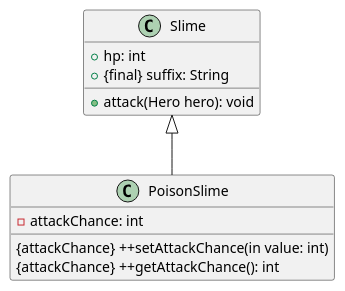
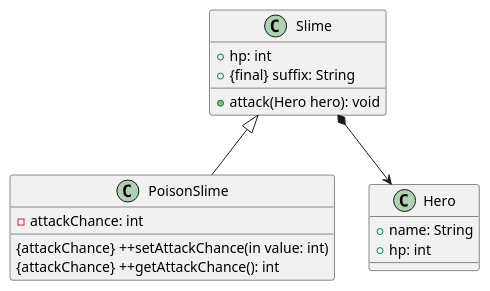
Before and after one commit to orm-camp-flutter-2ki/learn_dart_together: the diagram in lib/24_03_12/slime.puml, drawn with PlantUML.

Commit message:
feat: Slime uml 수정

```diff
--- a/lib/24_03_12/slime.puml
+++ b/lib/24_03_12/slime.puml
@@ -1,16 +1,22 @@
 @startuml
 class Slime{
   +hp: int
   +{final} suffix: String
   +attack(Hero hero): void
 }
 
 class PoisonSlime{
     -attackChance: int
    {attackChance} ++setAttackChance(in value: int)
    {attackChance} ++getAttackChance(): int
 }
 
+class Hero{
+  +name: String
+  +hp: int
+}
+
 Slime <|--PoisonSlime
+Slime *--> Hero
 
 @enduml
```
